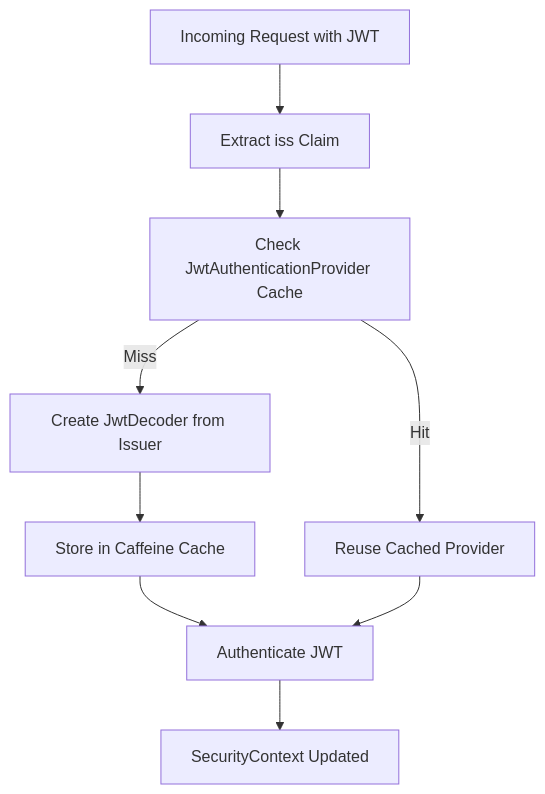
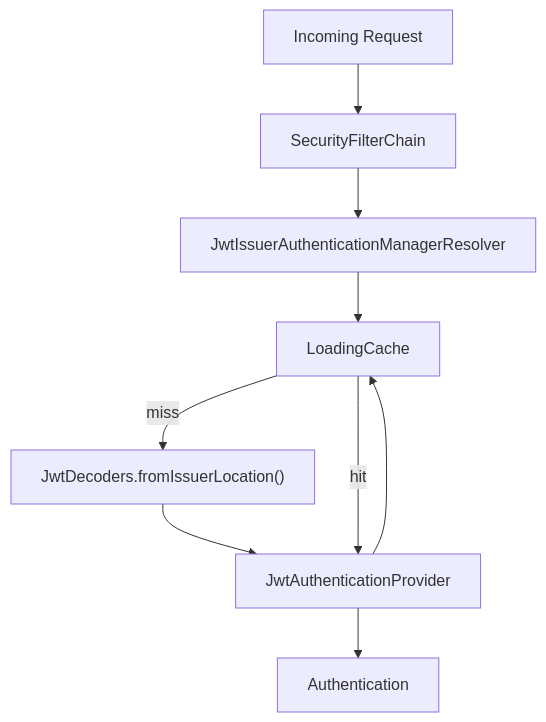
The sixth of 7 diagrams in docs/reference/architecture/api-service-core-config-and-security/api-service-core-config-and-security.md (flamingo-stack/openframe-oss-lib), drawn with Mermaid before and after one commit. The commit also changed other lines of this file and 1809 other files, not shown here.

````diff
--- a/docs/reference/architecture/api-service-core-config-and-security/api-service-core-config-and-security.md
+++ b/docs/reference/architecture/api-service-core-config-and-security/api-service-core-config-and-security.md
@@ -135,11 +205,11 @@
 ```mermaid
 flowchart TD
-    Incoming["Incoming Request with JWT"] --> ExtractIssuer["Extract iss Claim"]
-    ExtractIssuer --> CacheCheck["Check JwtAuthenticationProvider Cache"]
-    CacheCheck -->|"Miss"| CreateDecoder["Create JwtDecoder from Issuer"]
-    CreateDecoder --> StoreCache["Store in Caffeine Cache"]
-    CacheCheck -->|"Hit"| UseProvider["Reuse Cached Provider"]
-    StoreCache --> Authenticate["Authenticate JWT"]
-    UseProvider --> Authenticate
-    Authenticate --> Principal["SecurityContext Updated"]
+    Request["Incoming Request"] --> Filter["SecurityFilterChain"]
+    Filter --> Resolver["JwtIssuerAuthenticationManagerResolver"]
+    Resolver --> Cache["LoadingCache<String, JwtAuthenticationProvider>"]
+    Cache -->|"miss"| Decoder["JwtDecoders.fromIssuerLocation()"]
+    Decoder --> Provider["JwtAuthenticationProvider"]
+    Provider --> Cache
+    Cache -->|"hit"| Provider
+    Provider --> AuthResult["Authentication"]
 ```
````
